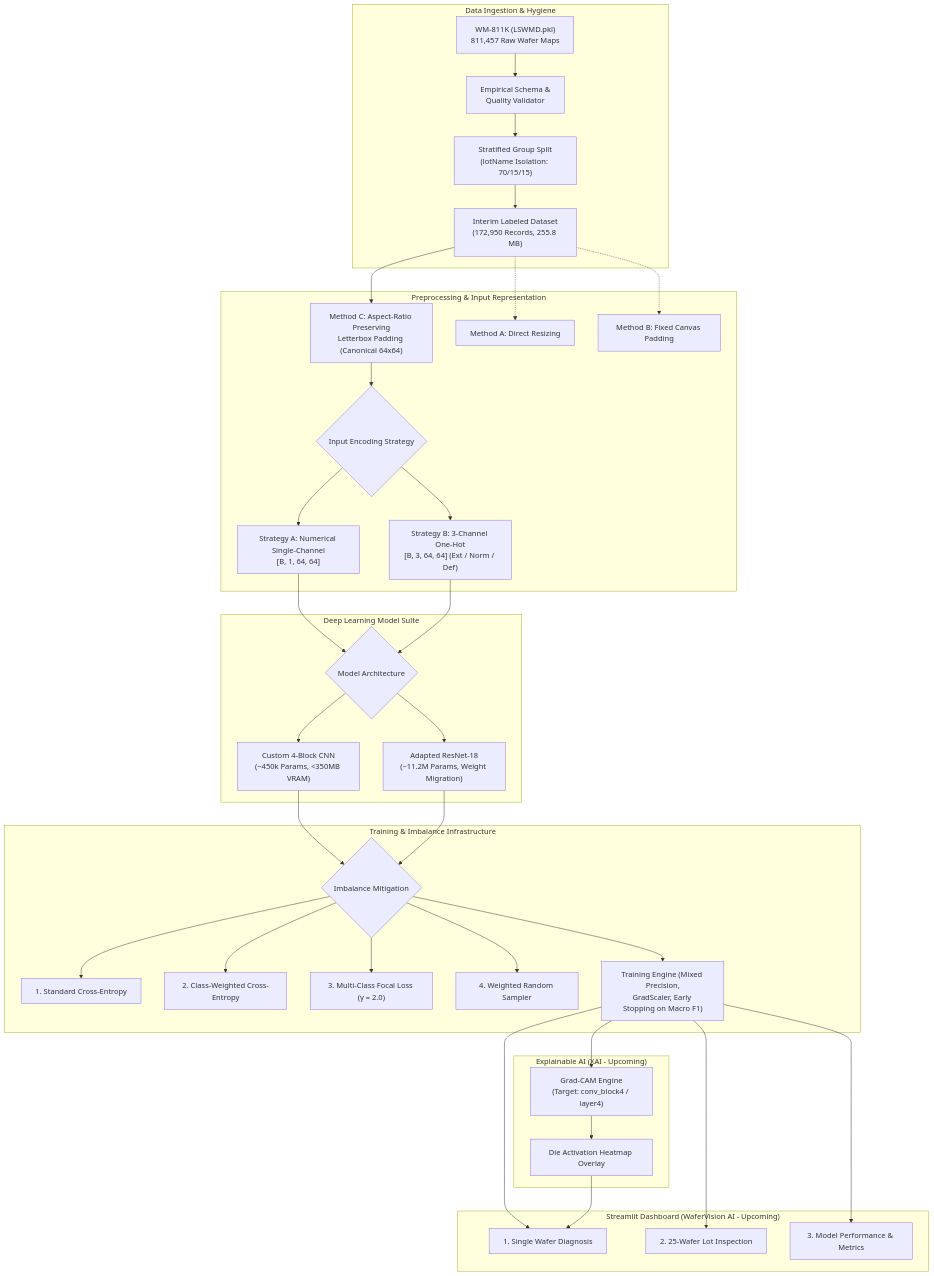
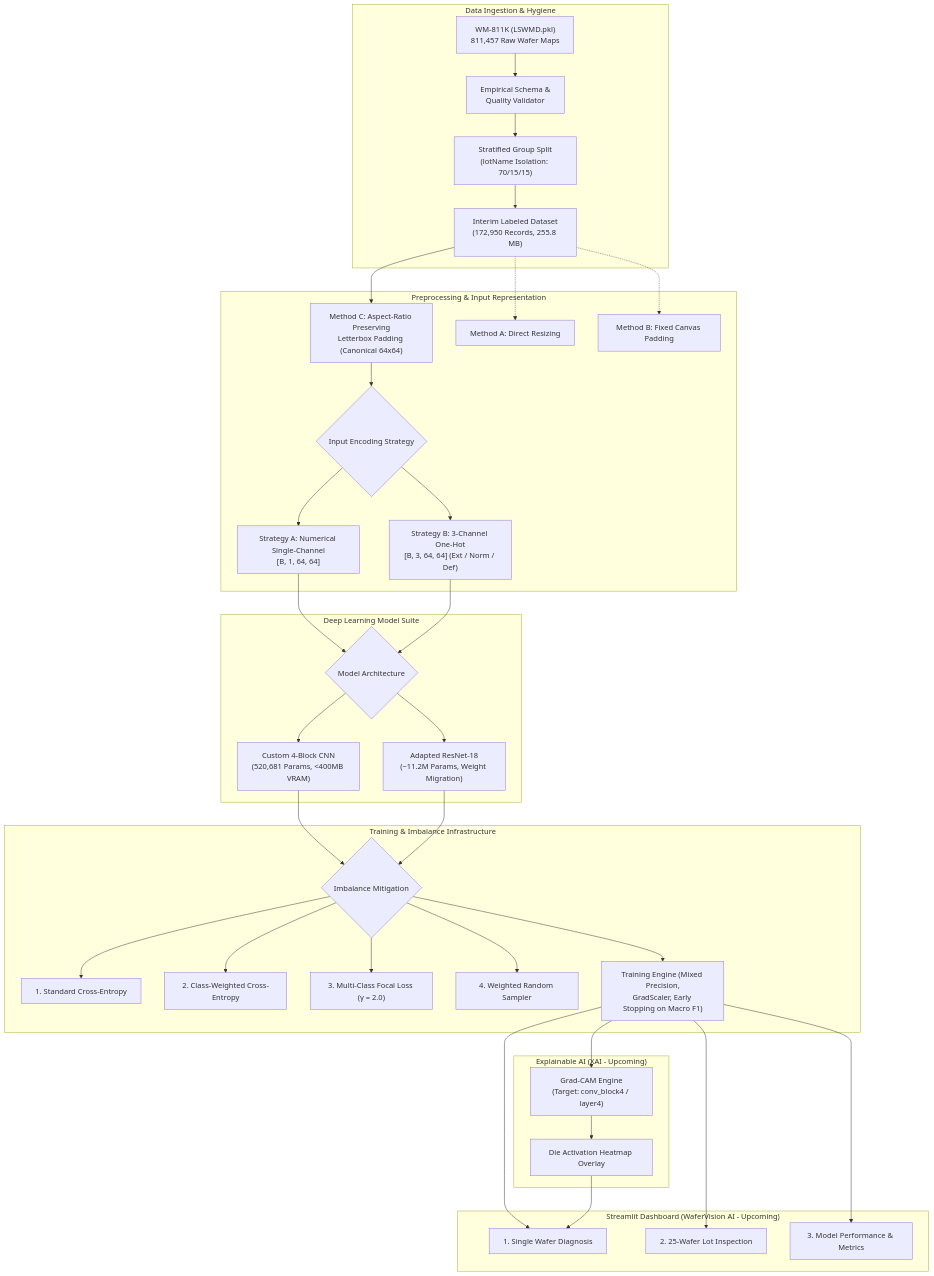
One commit to darkPegsus/Semiconductor-wafer-defect-detection changed the diagram in README.md. Above: the diagram before and after it, drawn with Mermaid. The commit also changed other lines of this file and 7 other files, not shown here.

Commit message:
docs: document Custom CNN imbalance experiments

````diff
--- a/README.md
+++ b/README.md
@@ -36,46 +36,46 @@
 ```mermaid
 flowchart TD
     subgraph Ingestion ["Data Ingestion & Hygiene"]
         RAW["WM-811K (LSWMD.pkl)<br/>811,457 Raw Wafer Maps"] --> VAL["Empirical Schema &<br/>Quality Validator"]
         VAL --> GRP["Stratified Group Split<br/>(lotName Isolation: 70/15/15)"]
         GRP --> INTERIM["Interim Labeled Dataset<br/>(172,950 Records, 255.8 MB)"]
     end
 
     subgraph Preproc ["Preprocessing & Input Representation"]
         INTERIM --> M_C["Method C: Aspect-Ratio Preserving<br/>Letterbox Padding (Canonical 64x64)"]
         INTERIM -.-> M_A["Method A: Direct Resizing"]
         INTERIM -.-> M_B["Method B: Fixed Canvas Padding"]
         M_C --> ENC{"Input Encoding Strategy"}
         ENC --> ENC_1CH["Strategy A: Numerical Single-Channel<br/>[B, 1, 64, 64]"]
         ENC --> ENC_3CH["Strategy B: 3-Channel One-Hot<br/>[B, 3, 64, 64] (Ext / Norm / Def)"]
     end
 
     subgraph Modeling ["Deep Learning Model Suite"]
         ENC_1CH --> MODELS{"Model Architecture"}
         ENC_3CH --> MODELS
-        MODELS --> CNN["Custom 4-Block CNN<br/>(~450k Params, <350MB VRAM)"]
+        MODELS --> CNN["Custom 4-Block CNN<br/>(520,681 Params, <400MB VRAM)"]
         MODELS --> RES["Adapted ResNet-18<br/>(~11.2M Params, Weight Migration)"]
     end
 
     subgraph Optimization ["Training & Imbalance Infrastructure"]
         CNN --> LOSS{"Imbalance Mitigation"}
         RES --> LOSS
         LOSS --> L1["1. Standard Cross-Entropy"]
         LOSS --> L2["2. Class-Weighted Cross-Entropy"]
         LOSS --> L3["3. Multi-Class Focal Loss (γ = 2.0)"]
         LOSS --> L4["4. Weighted Random Sampler"]
         LOSS --> ENGINE["Training Engine (Mixed Precision,<br/>GradScaler, Early Stopping on Macro F1)"]
     end
 
     subgraph XAI ["Explainable AI (XAI - Upcoming)"]
         ENGINE --> GCAM["Grad-CAM Engine<br/>(Target: conv_block4 / layer4)"]
         GCAM --> HEAT["Die Activation Heatmap Overlay"]
     end
 
     subgraph App ["Streamlit Dashboard (WaferVision AI - Upcoming)"]
         ENGINE --> P1["1. Single Wafer Diagnosis"]
         ENGINE --> P2["2. 25-Wafer Lot Inspection"]
         ENGINE --> P3["3. Model Performance & Metrics"]
         HEAT --> P1
     end
 ```
````
